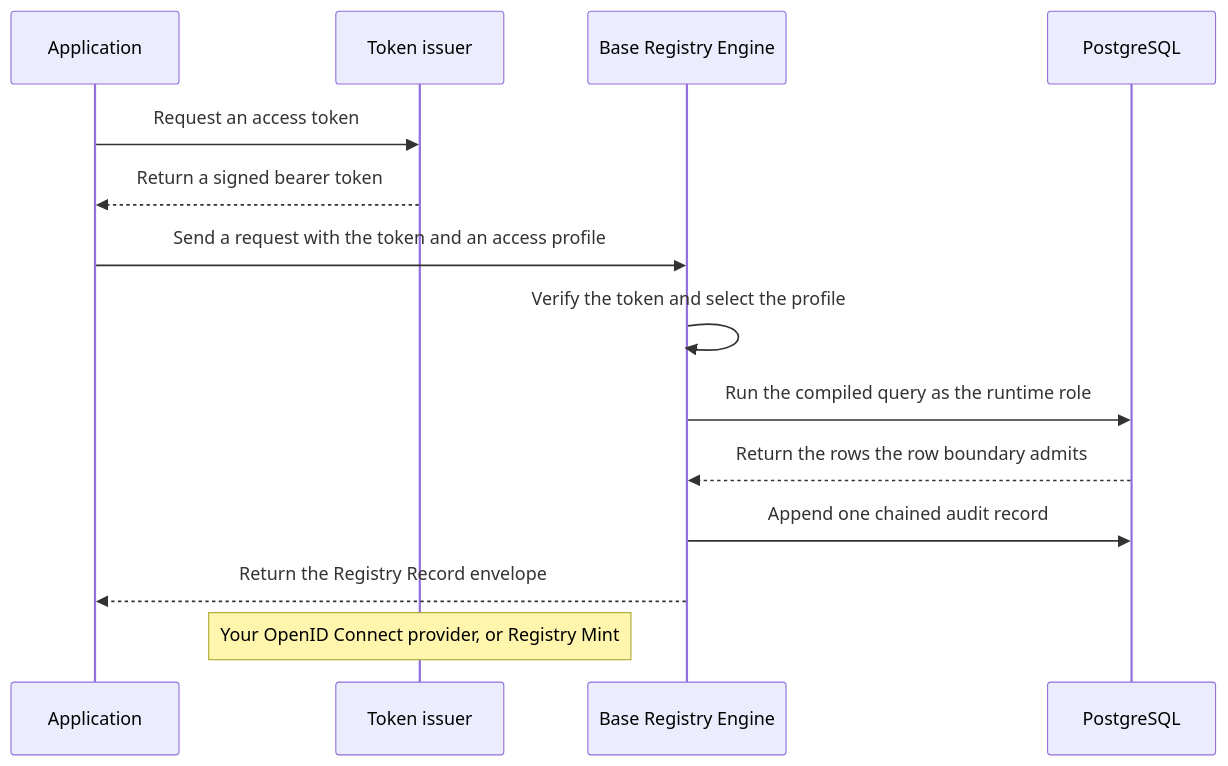
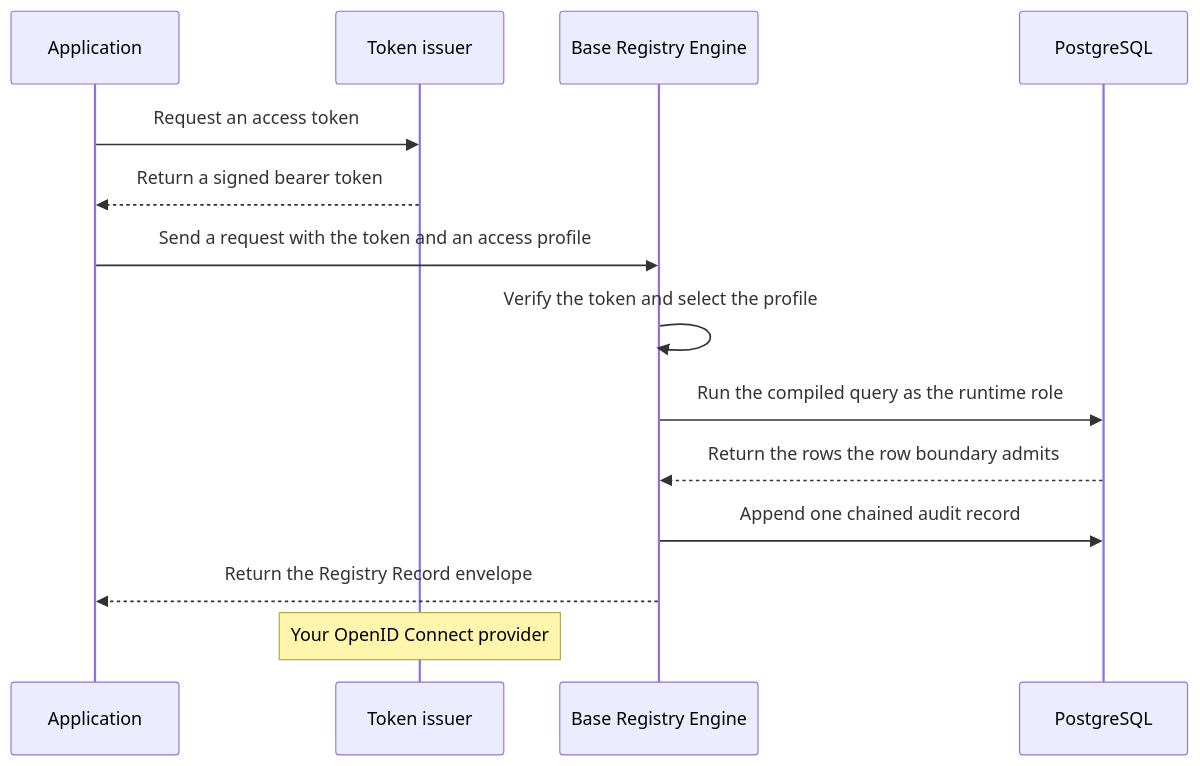
One commit to registrystack/registry-stack changed the diagram in docs/site/src/content/docs/start/breg-quickstart.mdx. Above: the diagram before and after it, drawn with Mermaid. The commit also changed other lines of this file and 81 other files, not shown here.

Commit message:
docs: retire current Registry Mint guidance

````diff
--- a/docs/site/src/content/docs/start/breg-quickstart.mdx
+++ b/docs/site/src/content/docs/start/breg-quickstart.mdx
@@ -29,17 +29,17 @@
 ```mermaid
 sequenceDiagram
     participant A as Application
     participant T as Token issuer
     participant B as Base Registry Engine
     participant P as PostgreSQL
 
     A->>T: Request an access token
     T-->>A: Return a signed bearer token
     A->>B: Send a request with the token and an access profile
     B->>B: Verify the token and select the profile
     B->>P: Run the compiled query as the runtime role
     P-->>B: Return the rows the row boundary admits
     B->>P: Append one chained audit record
     B-->>A: Return the Registry Record envelope
-    Note over T: Your OpenID Connect provider, or Registry Mint
+    Note over T: Your OpenID Connect provider
 ```
````
